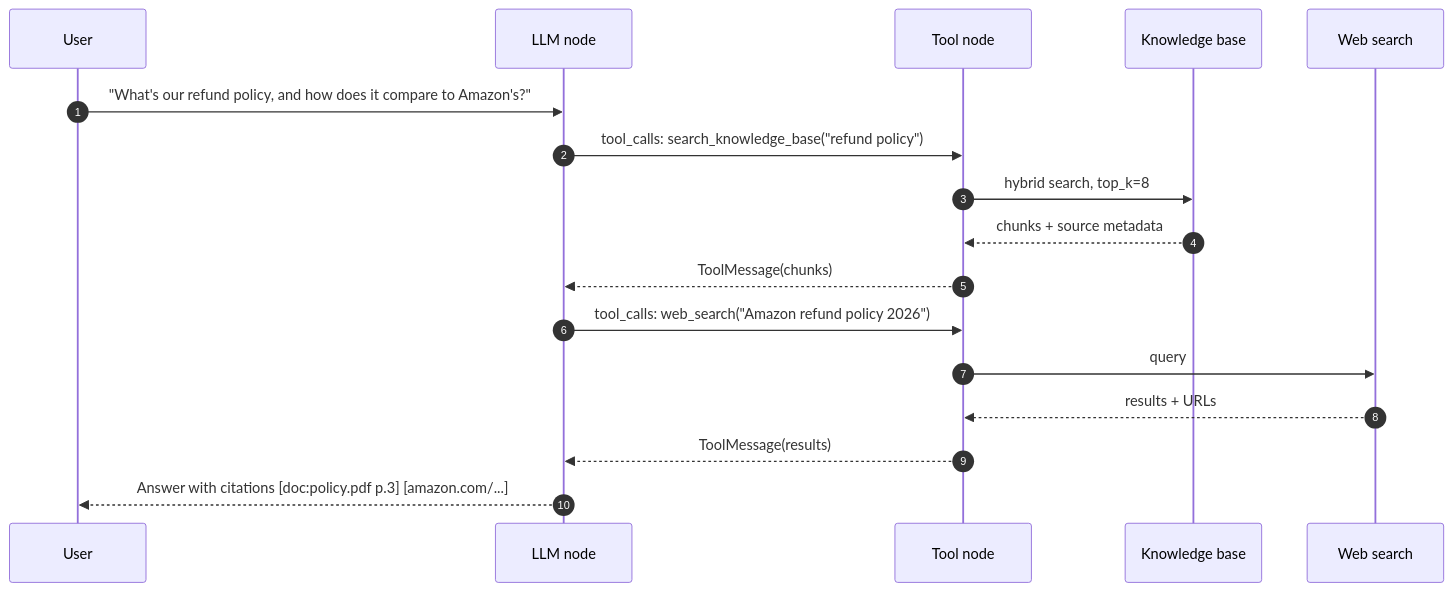
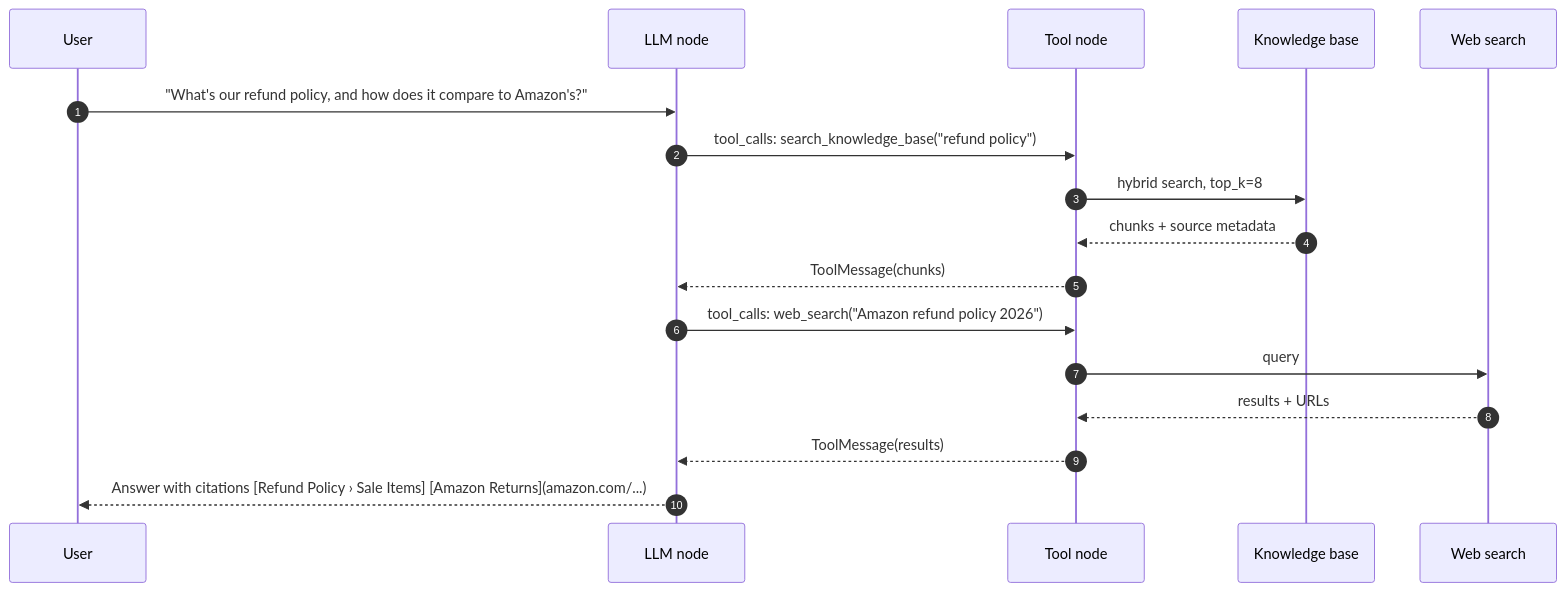
One commit to Anirudh1905/agentic-ai-chatbot changed the second of 2 diagrams in docs/phase-2-tools-rag-web-search.md. Above: the diagram before and after it, drawn with Mermaid. The commit also changed other lines of this file and 49 other files, not shown here.

````diff
--- a/docs/phase-2-tools-rag-web-search.md
+++ b/docs/phase-2-tools-rag-web-search.md
@@ -48,20 +48,20 @@
 ```mermaid
 sequenceDiagram
     autonumber
     participant U as User
     participant L as LLM node
     participant T as Tool node
     participant KB as Knowledge base
     participant W as Web search
 
     U->>L: "What's our refund policy, and how does it compare to Amazon's?"
     L->>T: tool_calls: search_knowledge_base("refund policy")
     T->>KB: hybrid search, top_k=8
     KB-->>T: chunks + source metadata
     T-->>L: ToolMessage(chunks)
     L->>T: tool_calls: web_search("Amazon refund policy 2026")
     T->>W: query
     W-->>T: results + URLs
     T-->>L: ToolMessage(results)
-    L-->>U: Answer with citations [doc:policy.pdf p.3] [amazon.com/...]
+    L-->>U: Answer with citations [Refund Policy › Sale Items] [Amazon Returns](amazon.com/...)
 ```
````
